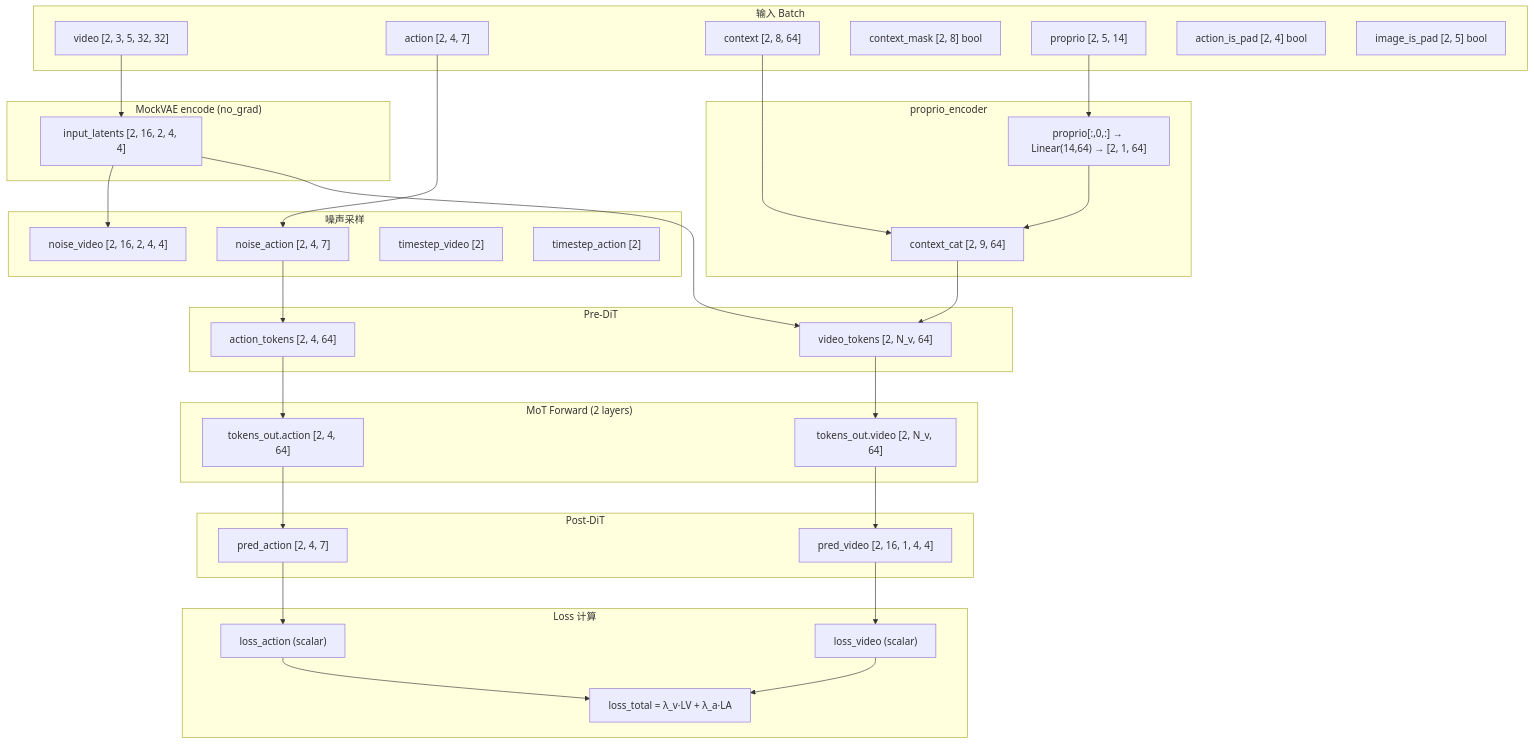
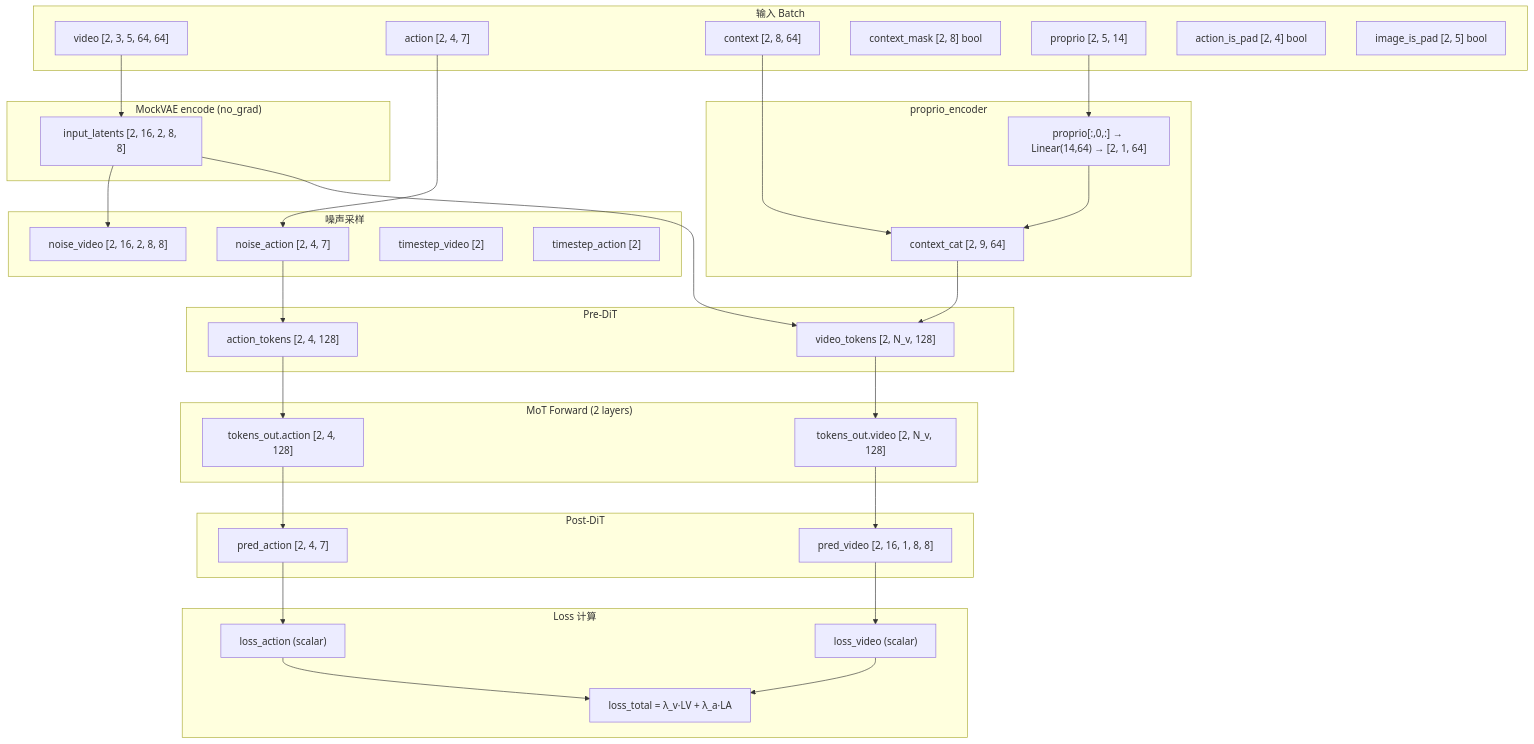
The third of 10 diagrams in b/d/fw/fw_sft_design_op46_4tst.md (Avant-US/RLinf), drawn with Mermaid before and after one commit. The commit also changed other lines of this file and 5 other files, not shown here.

````diff
--- a/b/d/fw/fw_sft_design_op46_4tst.md
+++ b/b/d/fw/fw_sft_design_op46_4tst.md
@@ -386,58 +388,58 @@
 ```mermaid
 flowchart TB
     subgraph Input ["输入 Batch"]
-        V["video [2, 3, 5, 32, 32]"]
+        V["video [2, 3, 5, 64, 64]"]
         A["action [2, 4, 7]"]
         C["context [2, 8, 64]"]
         CM["context_mask [2, 8] bool"]
         P["proprio [2, 5, 14]"]
         AIP["action_is_pad [2, 4] bool"]
         IIP["image_is_pad [2, 5] bool"]
     end
     subgraph VAE ["MockVAE encode (no_grad)"]
-        L["input_latents [2, 16, 2, 4, 4]"]
+        L["input_latents [2, 16, 2, 8, 8]"]
     end
     subgraph ProprioEnc ["proprio_encoder"]
         PE["proprio[:,0,:] → Linear(14,64) → [2, 1, 64]"]
         CC["context_cat [2, 9, 64]"]
     end
     subgraph Noise ["噪声采样"]
-        NV["noise_video [2, 16, 2, 4, 4]"]
+        NV["noise_video [2, 16, 2, 8, 8]"]
         NA["noise_action [2, 4, 7]"]
         TV["timestep_video [2]"]
         TA["timestep_action [2]"]
     end
     subgraph PreDiT ["Pre-DiT"]
-        VT["video_tokens [2, N_v, 64]"]
-        AT["action_tokens [2, 4, 64]"]
+        VT["video_tokens [2, N_v, 128]"]
+        AT["action_tokens [2, 4, 128]"]
     end
     subgraph MoT ["MoT Forward (2 layers)"]
-        VO["tokens_out.video [2, N_v, 64]"]
-        AO["tokens_out.action [2, 4, 64]"]
+        VO["tokens_out.video [2, N_v, 128]"]
+        AO["tokens_out.action [2, 4, 128]"]
     end
     subgraph PostDiT ["Post-DiT"]
-        PV["pred_video [2, 16, 1, 4, 4]"]
+        PV["pred_video [2, 16, 1, 8, 8]"]
         PA["pred_action [2, 4, 7]"]
     end
     subgraph Loss ["Loss 计算"]
         LV["loss_video (scalar)"]
         LA["loss_action (scalar)"]
         LT["loss_total = λ_v·LV + λ_a·LA"]
     end
     V --> L
     P --> PE --> CC
     C --> CC
     L --> NV
     A --> NA
     L --> VT
     CC --> VT
     NA --> AT
     VT --> VO
     AT --> AO
     VO --> PV
     AO --> PA
     PV --> LV
     PA --> LA
     LV --> LT
     LA --> LT
 ```
````
